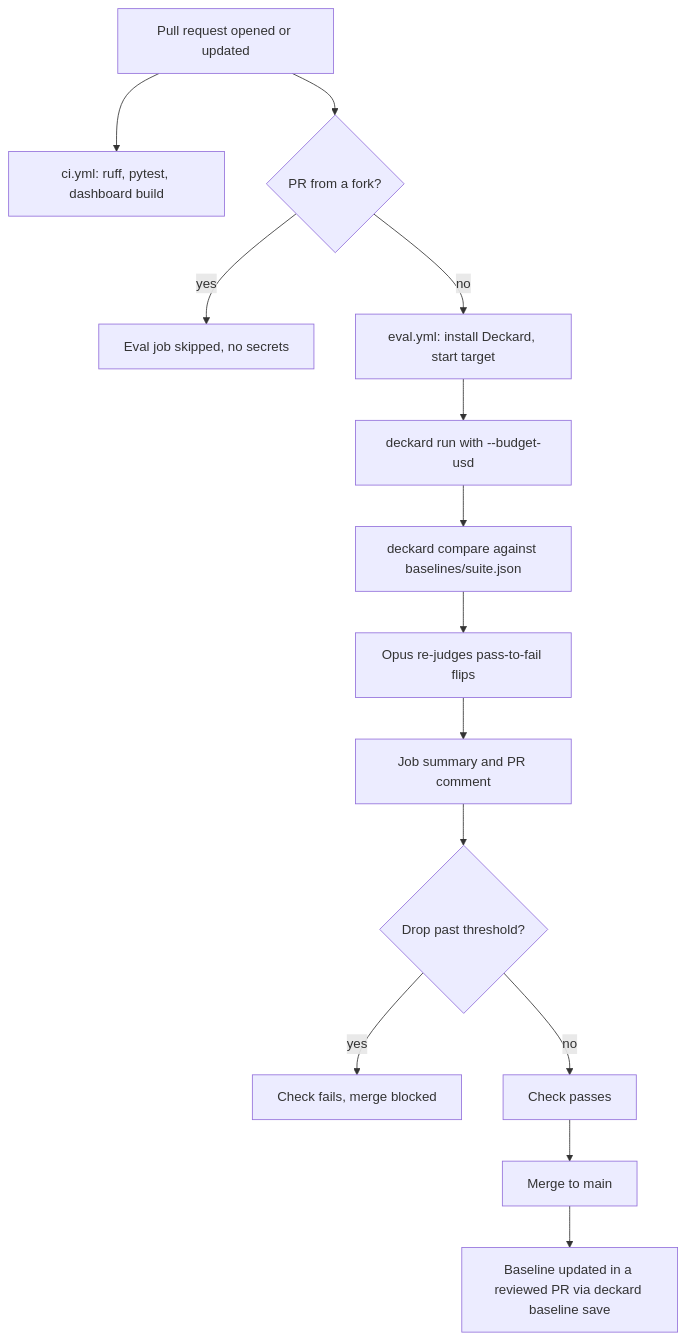
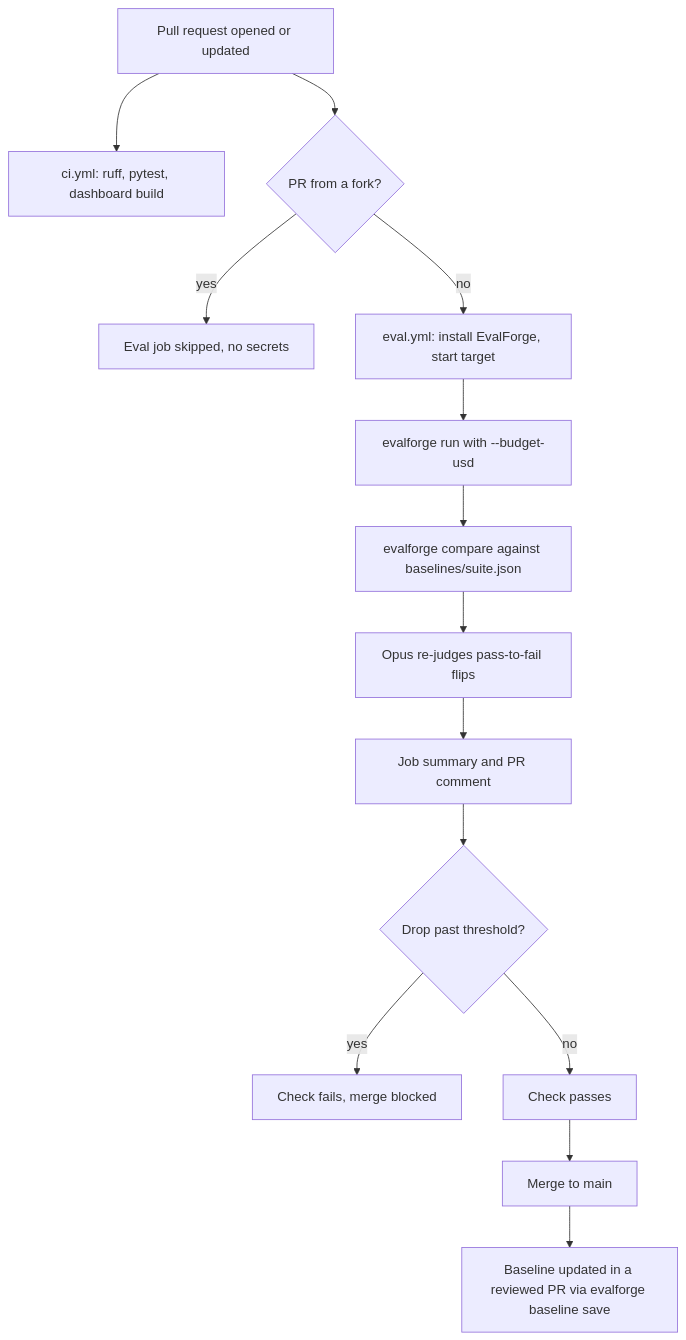
Before and after one commit to striderzz/EvalForge-LLMOps: the fifth of 7 diagrams in INFO.md, drawn with Mermaid. The commit also changed other lines of this file and 2 other files, not shown here.

First line of the commit message:
Rename project to evalforge-llmops

````diff
--- a/INFO.md
+++ b/INFO.md
@@ -312,16 +312,16 @@
 ```mermaid
 flowchart TD
     PR["Pull request opened or updated"] --> CI["ci.yml: ruff, pytest, dashboard build"]
     PR --> Fork{"PR from a fork?"}
     Fork -->|yes| Skip["Eval job skipped, no secrets"]
-    Fork -->|no| Setup["eval.yml: install Deckard, start target"]
-    Setup --> Run["deckard run with --budget-usd"]
-    Run --> Cmp["deckard compare against baselines/suite.json"]
+    Fork -->|no| Setup["eval.yml: install EvalForge, start target"]
+    Setup --> Run["evalforge run with --budget-usd"]
+    Run --> Cmp["evalforge compare against baselines/suite.json"]
     Cmp --> Esc["Opus re-judges pass-to-fail flips"]
     Esc --> Report["Job summary and PR comment"]
     Report --> Gate{"Drop past threshold?"}
     Gate -->|yes| Fail["Check fails, merge blocked"]
     Gate -->|no| Pass["Check passes"]
     Pass --> Merge["Merge to main"]
-    Merge --> NewBase["Baseline updated in a reviewed PR via deckard baseline save"]
+    Merge --> NewBase["Baseline updated in a reviewed PR via evalforge baseline save"]
 ```
````
